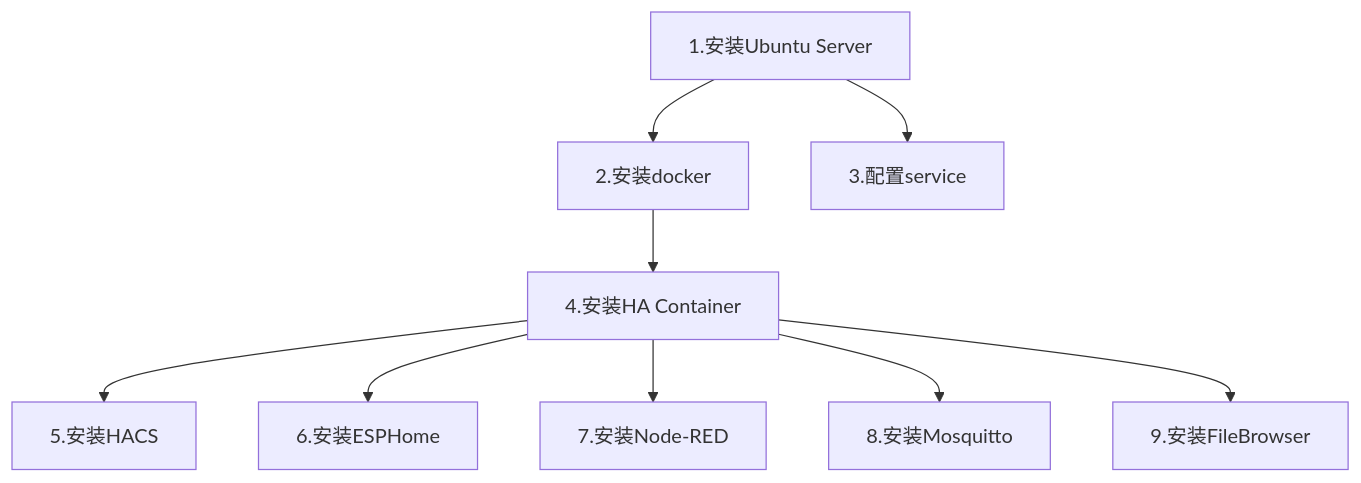
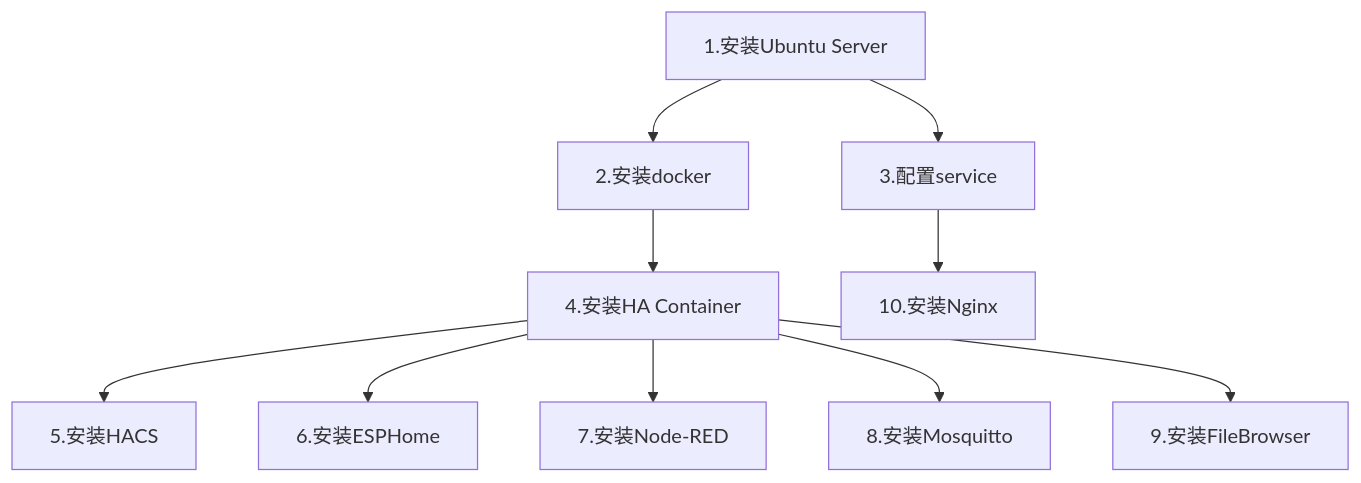
One commit to ZDZX-T/ZDZX_Smart_Home changed the diagram in HA_Container方式安装/README.md. Above: the diagram before and after it, drawn with Mermaid. The commit also changed other lines of this file and 1 other file, not shown here.

Commit message:
新增Nginx配置

````diff
--- a/HA_Container方式安装/README.md
+++ b/HA_Container方式安装/README.md
@@ -3,11 +3,12 @@
 ```mermaid
 flowchart TD
     A[1.安装Ubuntu Server] -->B[2.安装docker]
     A-->C[3.配置service]
     B-->D[4.安装HA Container]
     D-->E[5.安装HACS]
     D-->F[6.安装ESPHome]
     D-->G[7.安装Node-RED]
     D-->H[8.安装Mosquitto]
     D-->I[9.安装FileBrowser]
+    C-->J[10.安装Nginx]
 ```
````
